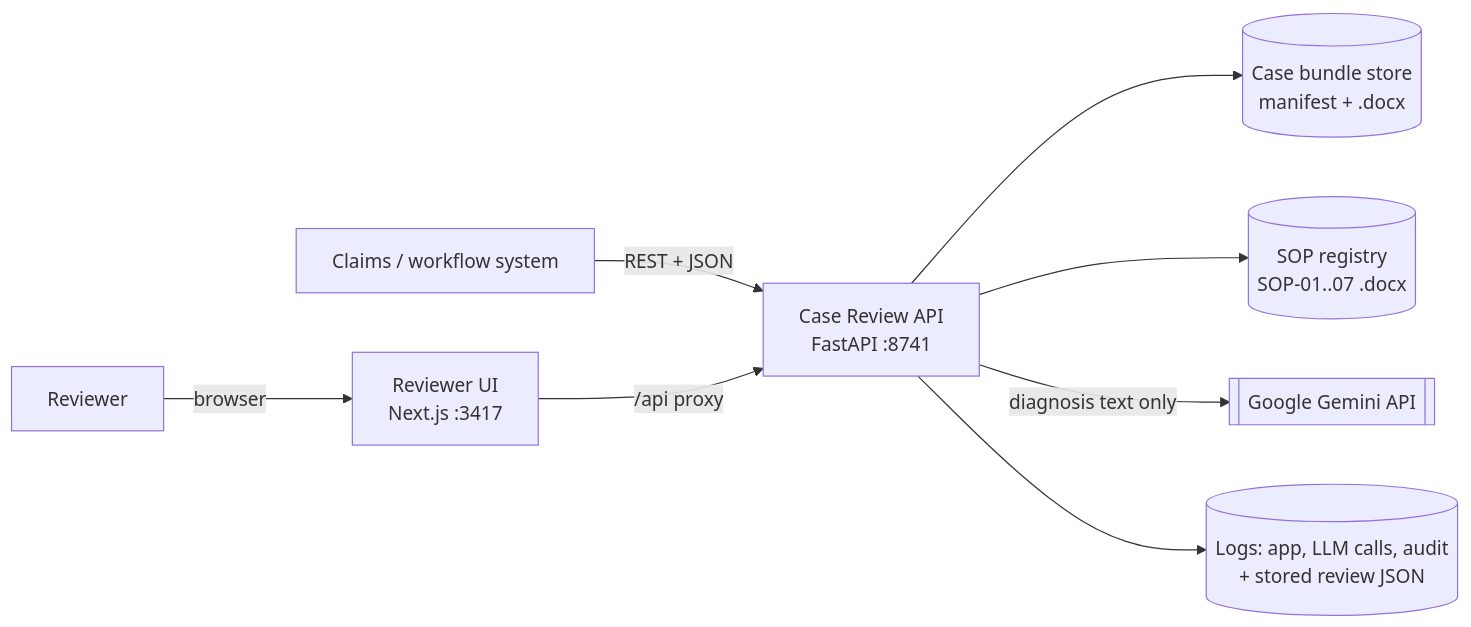
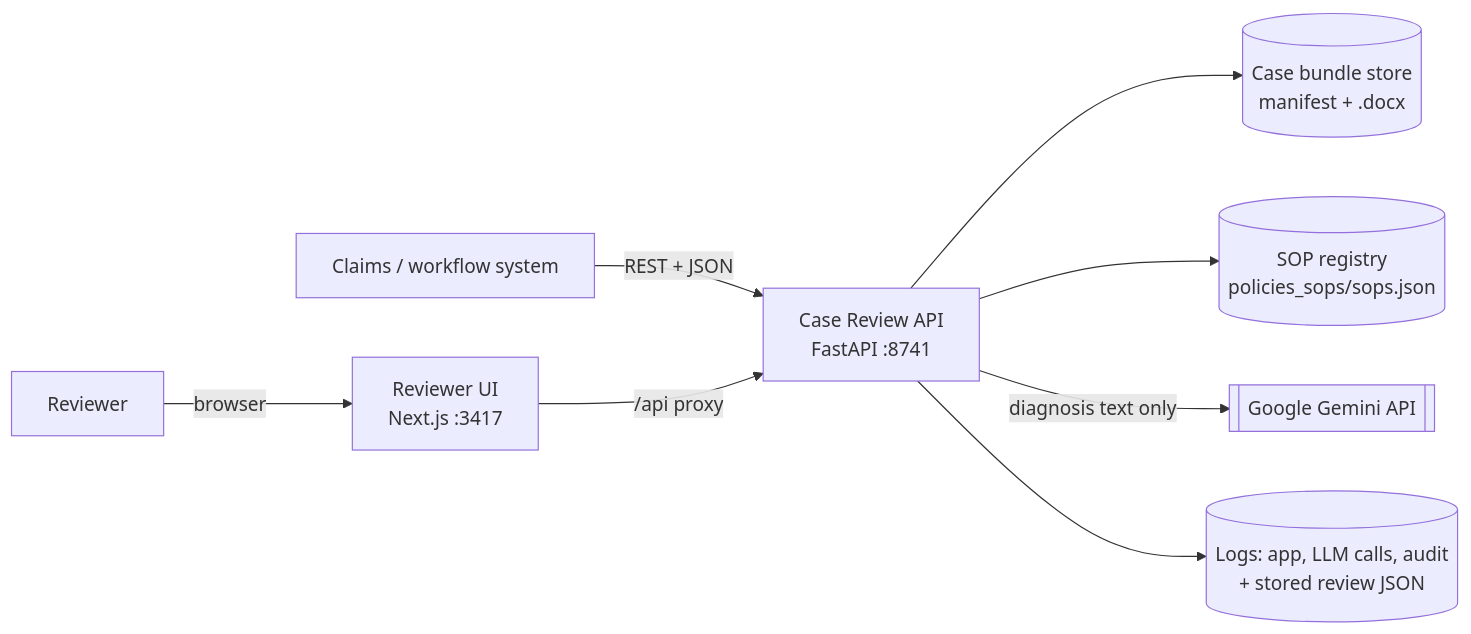
The first of 2 diagrams in docs/architecture.md (SigmaSix6/hospital-adjudicator), drawn with Mermaid before and after one commit. The commit also changed other lines of this file and 16 other files, not shown here.

````diff
--- a/docs/architecture.md
+++ b/docs/architecture.md
@@ -5,10 +5,10 @@
 ```mermaid
 flowchart LR
     R[Reviewer] -->|browser| UI[Reviewer UI<br/>Next.js :3417]
     S[Claims / workflow system] -->|REST + JSON| API
     UI -->|/api proxy| API[Case Review API<br/>FastAPI :8741]
     API --> D[(Case bundle store<br/>manifest + .docx)]
-    API --> P[(SOP registry<br/>SOP-01..07 .docx)]
+    API --> P[(SOP registry<br/>policies_sops/sops.json)]
     API -->|diagnosis text only| G[[Google Gemini API]]
     API --> L[(Logs: app, LLM calls, audit<br/>+ stored review JSON)]
 ```
````
